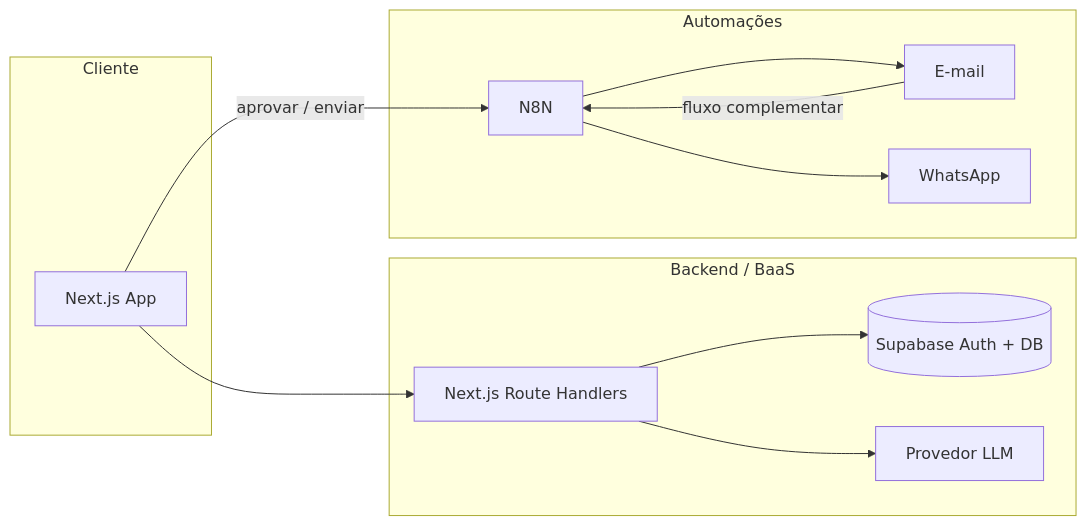
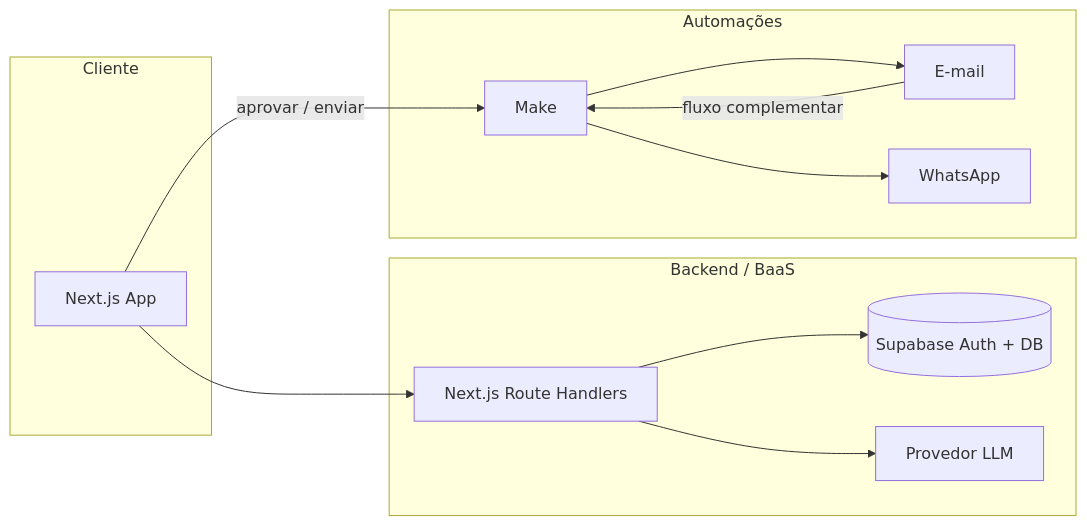
Before and after one commit to Rodrigo-A-Rodrigues/app-copilot-ia: the first of 4 diagrams in docs/architecture.md, drawn with Mermaid. The commit also changed other lines of this file and 10 other files, not shown here.

````diff
--- a/docs/architecture.md
+++ b/docs/architecture.md
@@ -15,26 +15,26 @@
 ```mermaid
 flowchart LR
   subgraph client [Cliente]
     UI[Next.js App]
   end
 
   subgraph backend [Backend / BaaS]
     SB[(Supabase Auth + DB)]
     API[Next.js Route Handlers]
     LLM[Provedor LLM]
   end
 
   subgraph automation [Automações]
-    N8N[N8N]
+    Make[Make]
     Mail[E-mail]
     WA[WhatsApp]
   end
 
   UI --> API
   API --> SB
   API --> LLM
-  UI -->|aprovar / enviar| N8N
-  N8N --> Mail
-  N8N --> WA
-  Mail -->|fluxo complementar| N8N
+  UI -->|aprovar / enviar| Make
+  Make --> Mail
+  Make --> WA
+  Mail -->|fluxo complementar| Make
 ```
````
